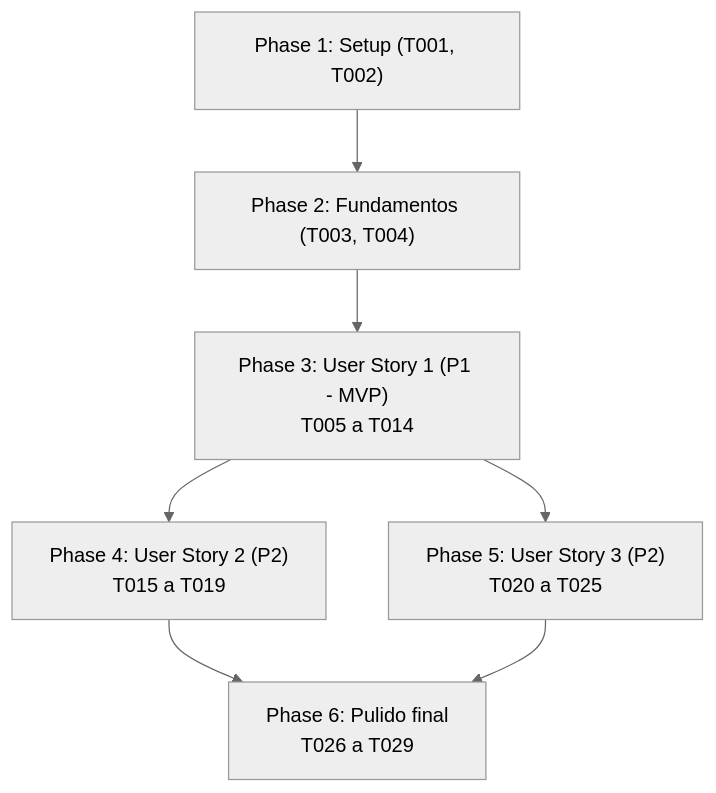
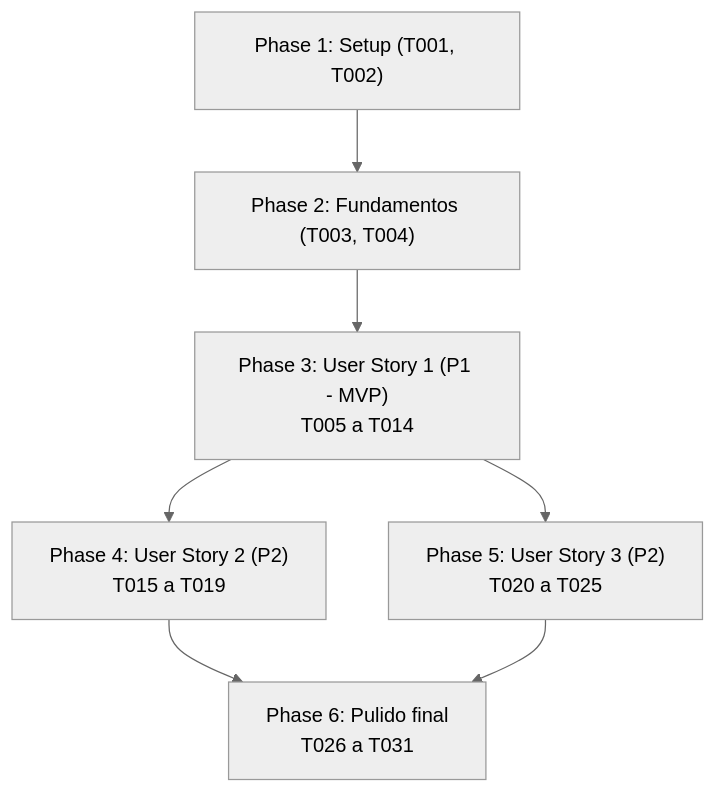
One commit to ScottAM-rar/Cripta-Proyecto changed the diagram in specs/008-replay-hasta/tasks.md. Above: the diagram before and after it, drawn with Mermaid (neutral theme). The commit also changed other lines of this file and 7 other files, not shown here.

````diff
--- a/specs/008-replay-hasta/tasks.md
+++ b/specs/008-replay-hasta/tasks.md
@@ -145,9 +147,9 @@
 ```mermaid
 flowchart TD
     Setup["Phase 1: Setup (T001, T002)"] --> Foundation["Phase 2: Fundamentos (T003, T004)"]
     Foundation --> US1["Phase 3: User Story 1 (P1 - MVP)<br/>T005 a T014"]
     US1 --> US2["Phase 4: User Story 2 (P2)<br/>T015 a T019"]
     US1 --> US3["Phase 5: User Story 3 (P2)<br/>T020 a T025"]
-    US2 --> Polish["Phase 6: Pulido final<br/>T026 a T029"]
+    US2 --> Polish["Phase 6: Pulido final<br/>T026 a T031"]
     US3 --> Polish
 ```
````
